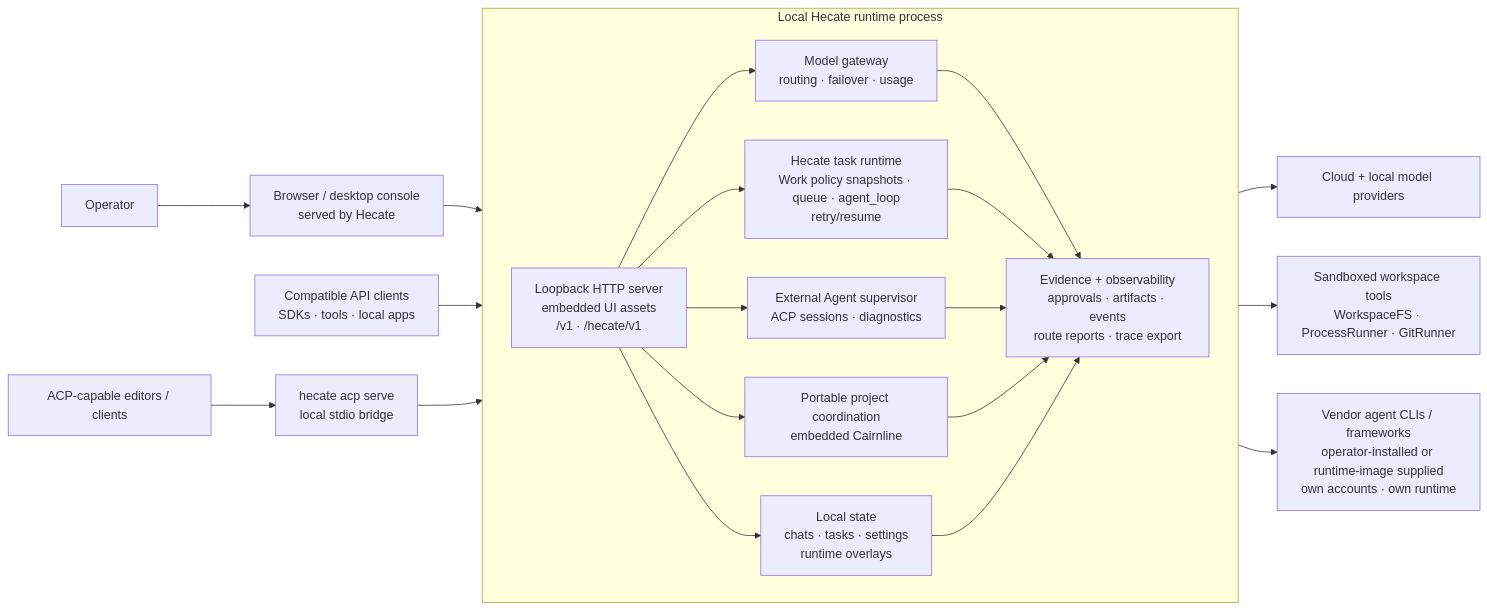
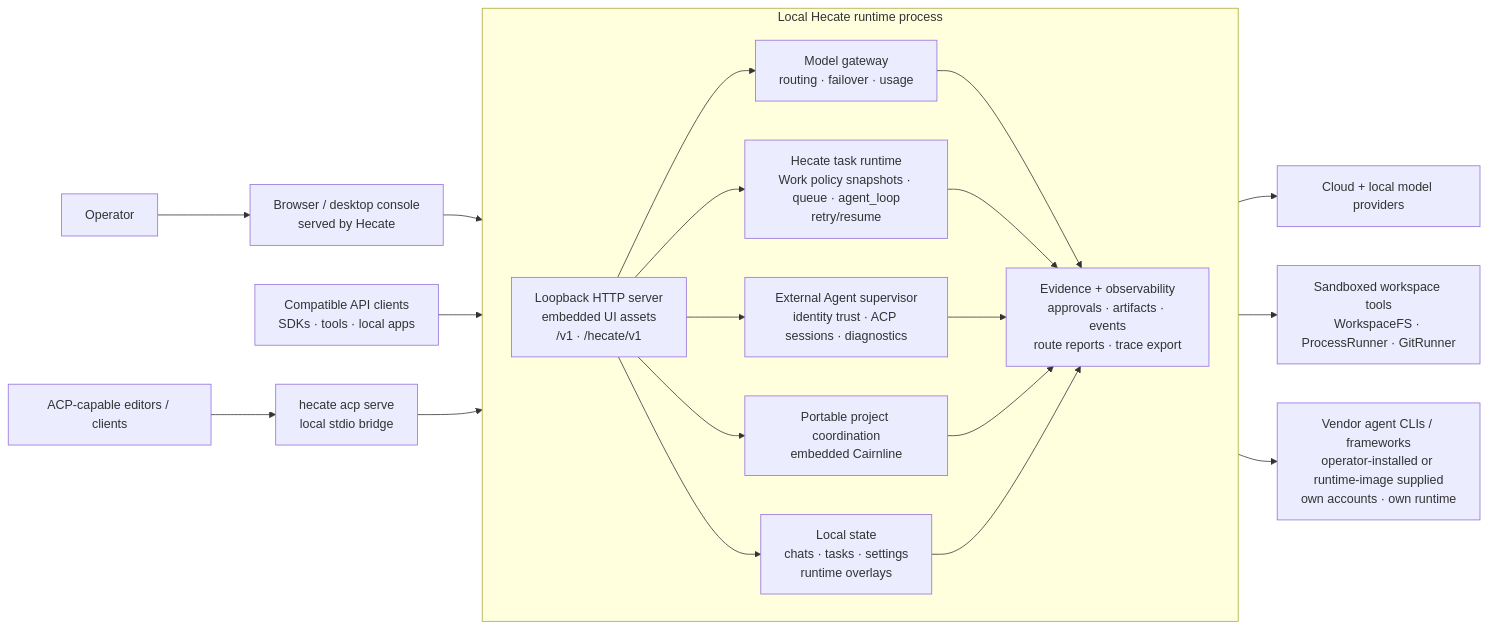
The first of 2 diagrams in README.md (hecatehq/hecate), drawn with Mermaid before and after one commit. The commit also changed other lines of this file and 66 other files, not shown here.

````diff
--- a/README.md
+++ b/README.md
@@ -132,41 +132,41 @@
 ```mermaid
 flowchart LR
     Operator["Operator"] --> Console["Browser / desktop console<br/>served by Hecate"]
     APIClients["Compatible API clients<br/>SDKs · tools · local apps"]
     ACPClients["ACP-capable editors / clients"]
     ACPBridge["hecate acp serve<br/>local stdio bridge"]
 
     subgraph HecateProcess["Local Hecate runtime process"]
         direction LR
         HTTP["Loopback HTTP server<br/>embedded UI assets<br/>/v1 · /hecate/v1"]
         Gateway["Model gateway<br/>routing · failover · usage"]
         TaskRuntime["Hecate task runtime<br/>Work policy snapshots · queue · agent_loop<br/>retry/resume"]
-        AgentSupervisor["External Agent supervisor<br/>ACP sessions · diagnostics"]
+        AgentSupervisor["External Agent supervisor<br/>identity trust · ACP sessions · diagnostics"]
         State["Local state<br/>chats · tasks · settings<br/>runtime overlays"]
         Projects["Portable project coordination<br/>embedded Cairnline"]
         Evidence["Evidence + observability<br/>approvals · artifacts · events<br/>route reports · trace export"]
 
         HTTP --> Gateway
         HTTP --> TaskRuntime
         HTTP --> AgentSupervisor
         HTTP --> State
         HTTP --> Projects
         Gateway --> Evidence
         TaskRuntime --> Evidence
         AgentSupervisor --> Evidence
         Projects --> Evidence
         State --> Evidence
     end
 
     Providers["Cloud + local model providers"]
     Tools["Sandboxed workspace tools<br/>WorkspaceFS · ProcessRunner · GitRunner"]
     ExternalCLIs["Vendor agent CLIs / frameworks<br/>operator-installed or runtime-image supplied<br/>own accounts · own runtime"]
 
     Console --> HTTP
     APIClients --> HTTP
     ACPClients --> ACPBridge
     ACPBridge --> HTTP
     Gateway --> Providers
     TaskRuntime --> Tools
     AgentSupervisor --> ExternalCLIs
 ```
````
